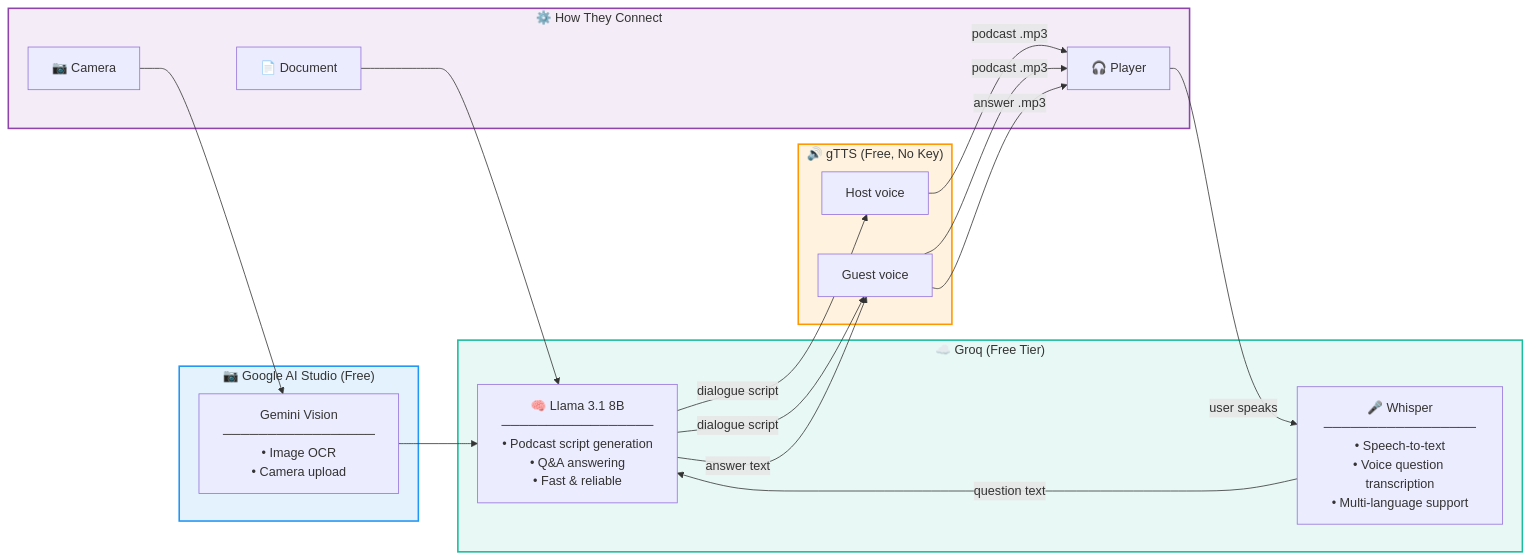
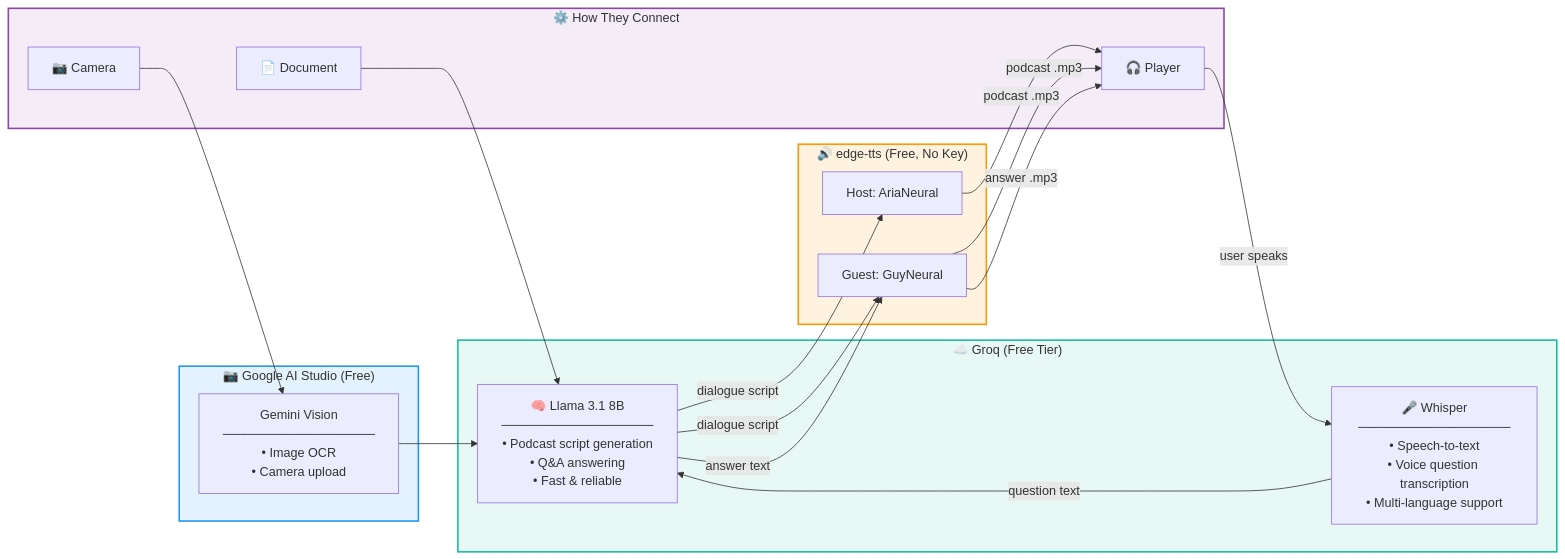
Before and after one commit to pushkal1234/PaperPod: the diagram in README.md, drawn with Mermaid. The commit also changed other lines of this file and 5 other files, not shown here.

Commit message:
microsoft edge-TTS is back

````diff
--- a/README.md
+++ b/README.md
@@ -180,34 +180,34 @@
 ```mermaid
 flowchart LR
     subgraph GROQ["☁️ Groq (Free Tier)"]
         LLM["🧠 Llama 3.1 8B\n─────────────────\n• Podcast script generation\n• Q&A answering\n• Fast & reliable"]
         STT["🎤 Whisper\n─────────────────\n• Speech-to-text\n• Voice question transcription\n• Multi-language support"]
     end
 
-    subgraph TTS["🔊 gTTS (Free, No Key)"]
-        HOST["Host voice"]
-        GUEST["Guest voice"]
+    subgraph TTS["🔊 edge-tts (Free, No Key)"]
+        HOST["Host: AriaNeural"]
+        GUEST["Guest: GuyNeural"]
     end
 
     subgraph OCR["📷 Google AI Studio (Free)"]
         VISION["Gemini Vision\n─────────────────\n• Image OCR\n• Camera upload"]
     end
 
     subgraph PIPELINE["⚙️ How They Connect"]
         DOC["📄 Document"] --> LLM
         CAM["📷 Camera"] --> VISION --> LLM
         LLM -->|dialogue script| HOST
         LLM -->|dialogue script| GUEST
         HOST -->|podcast .mp3| PLAY["🎧 Player"]
         GUEST -->|podcast .mp3| PLAY
         PLAY -->|user speaks| STT
         STT -->|question text| LLM
         LLM -->|answer text| GUEST
         GUEST -->|answer .mp3| PLAY
     end
 
     style GROQ fill:#E8F8F5,stroke:#1ABC9C,stroke-width:2px
     style TTS fill:#FFF3E0,stroke:#FF9800,stroke-width:2px
     style OCR fill:#E3F2FD,stroke:#2196F3,stroke-width:2px
     style PIPELINE fill:#F4ECF7,stroke:#8E44AD,stroke-width:2px
 ```
````
